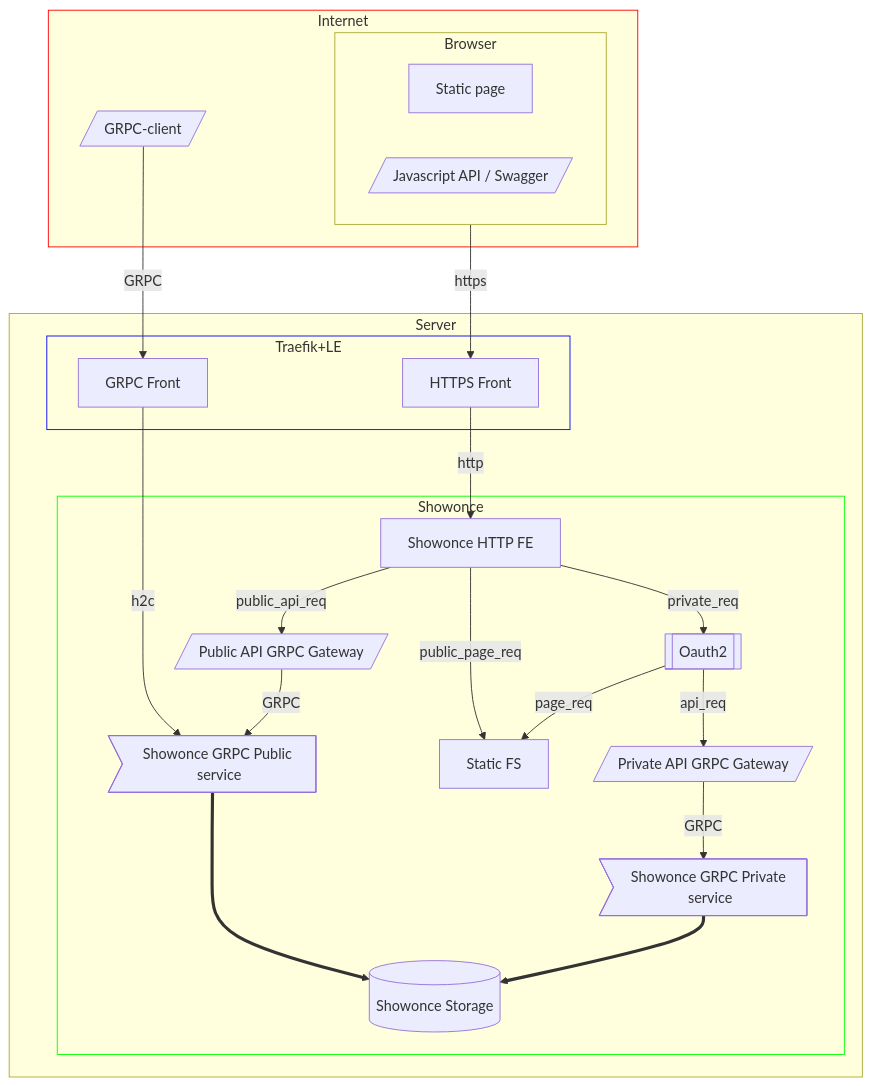
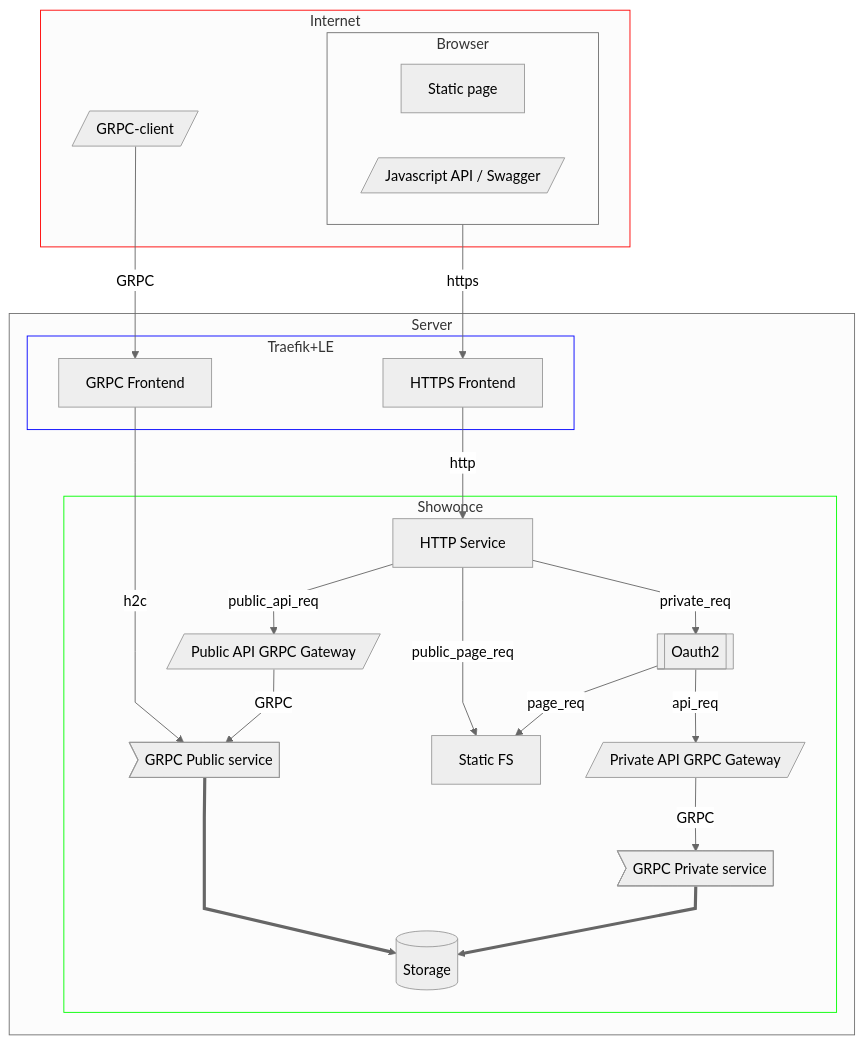
Before and after one commit to LeKovr/showonce: the first of 2 diagrams in README.md, drawn with Mermaid. The commit also changed other lines of this file and 18 other files, not shown here.

````diff
--- a/README.md
+++ b/README.md
@@ -41,35 +41,37 @@
 ```mermaid
+%%{init: {"theme": "neutral","flowchart": {"curve": "linear"}} }%%
+
 flowchart TD
   subgraph web[Internet]
     subgraph br[Browser]
       page[Static page]
       js[/Javascript API / Swagger/]
     end
     grpcc[/GRPC-client/]
   end
   subgraph srv[Server]
     subgraph tr[Traefik+LE]
-      br-- https -->httpf[HTTPS Front]
-      grpcc-- GRPC -->grpcf[GRPC Front]
+      br-- https -->httpf[HTTPS Frontend]
+      grpcc-- GRPC -->grpcf[GRPC Frontend]
     end
     subgraph so[Showonce]
-      httpf-- http -->http[Showonce HTTP FE]
-      grpcf-- h2c -->pub>Showonce GRPC Public service]
+      httpf-- http -->http[HTTP Service]
+      grpcf-- h2c -->pub>GRPC Public service]
       http-- public_page_req -->static[Static FS]
       http-- public_api_req -->gw_pub[/Public API GRPC Gateway/]
       http-- private_req -->oauth[[Oauth2]]
       oauth-- page_req -->static
       oauth-- api_req -->gw_priv[/Private API GRPC Gateway/]
       gw_pub-- GRPC -->pub
-      gw_priv-- GRPC -->priv>Showonce GRPC Private service]
-      pub ==> st[(Showonce Storage)]
+      gw_priv-- GRPC -->priv>GRPC Private service]
+      pub ==> st[(Storage)]
       priv ==> st
     end
   end
   classDef out stroke:#f00
   classDef our stroke:#0f0
   classDef ext stroke:#00f
   class web out;
   class tr ext;
   class so our;
 ```
````
